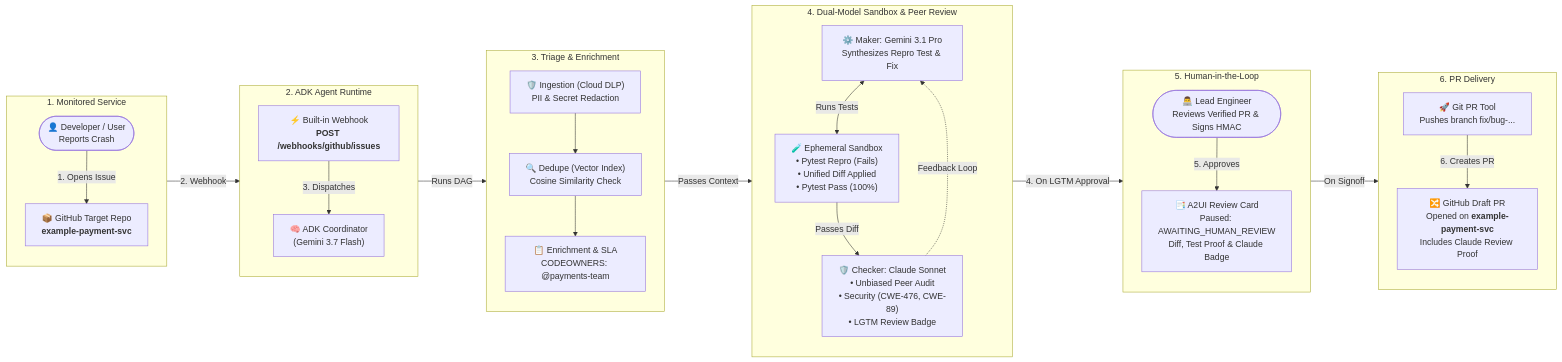
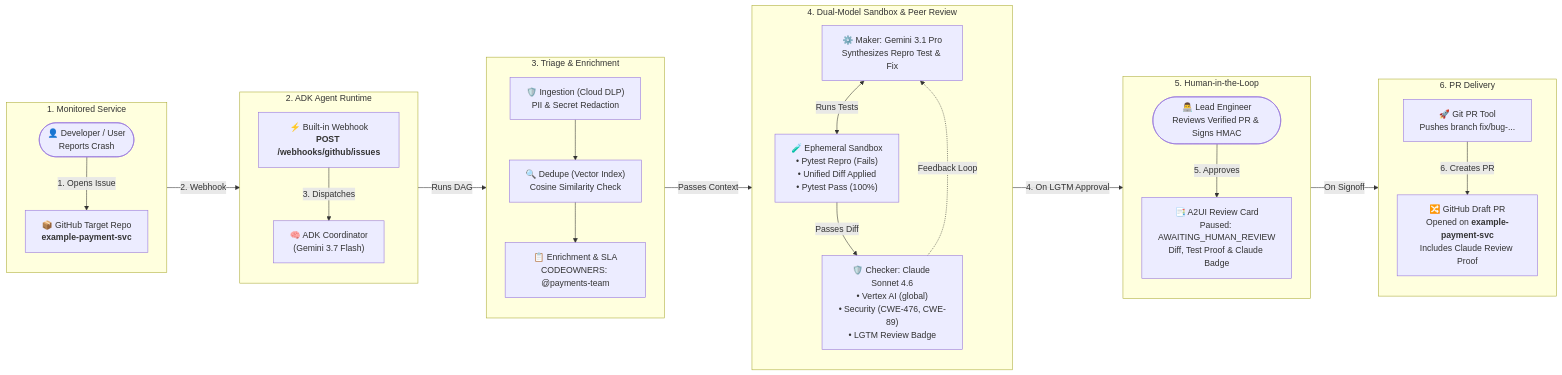
Before and after one commit to aiarchitect2406/bugtriage-agent: the diagram in README.md, drawn with Mermaid. The commit also changed other lines of this file and 4 other files, not shown here.

Commit message:
feat: configure Claude Sonnet 4.6 via Vertex AI AnthropicVertex with global location

````diff
--- a/README.md
+++ b/README.md
@@ -44,55 +44,55 @@
 ```mermaid
 flowchart LR
     subgraph S1["1. Monitored Service"]
         direction TB
         User(["👤 Developer / User<br/>Reports Crash"])
         TargetRepo["📦 GitHub Target Repo<br/><b>example-payment-svc</b>"]
         User -->|"1. Opens Issue"| TargetRepo
     end
 
     subgraph S2["2. ADK Agent Runtime"]
         direction TB
         Webhook["⚡ Built-in Webhook<br/><b>POST /webhooks/github/issues</b>"]
         Coordinator["🧠 ADK Coordinator<br/>(Gemini 3.7 Flash)"]
         Webhook -->|"3. Dispatches"| Coordinator
     end
 
     subgraph S3["3. Triage & Enrichment"]
         direction TB
         DLP["🛡️ Ingestion (Cloud DLP)<br/>PII & Secret Redaction"]
         Dedupe["🔍 Dedupe (Vector Index)<br/>Cosine Similarity Check"]
         Enrich["📋 Enrichment & SLA<br/>CODEOWNERS: @payments-team"]
         DLP --> Dedupe --> Enrich
     end
 
     subgraph S4["4. Dual-Model Sandbox & Peer Review"]
         direction TB
         Maker["⚙️ Maker: Gemini 3.1 Pro<br/>Synthesizes Repro Test & Fix"]
         Sandbox["🧪 Ephemeral Sandbox<br/>• Pytest Repro (Fails)<br/>• Unified Diff Applied<br/>• Pytest Pass (100%)"]
-        Reviewer["🛡️ Checker: Claude Sonnet<br/>• Unbiased Peer Audit<br/>• Security (CWE-476, CWE-89)<br/>• LGTM Review Badge"]
+        Reviewer["🛡️ Checker: Claude Sonnet 4.6<br/>• Vertex AI (global)<br/>• Security (CWE-476, CWE-89)<br/>• LGTM Review Badge"]
         
         Maker <-->|"Runs Tests"| Sandbox
         Sandbox -->|"Passes Diff"| Reviewer
         Reviewer -.->|"Feedback Loop"| Maker
     end
 
     subgraph S5["5. Human-in-the-Loop"]
         direction TB
         A2UI["📑 A2UI Review Card<br/>Paused: AWAITING_HUMAN_REVIEW<br/>Diff, Test Proof & Claude Badge"]
         Engineer(["👨‍💻 Lead Engineer<br/>Reviews Verified PR & Signs HMAC"])
         Engineer -->|"5. Approves"| A2UI
     end
 
     subgraph S6["6. PR Delivery"]
         direction TB
         GitTool["🚀 Git PR Tool<br/>Pushes branch fix/bug-..."]
         DraftPR["🔀 GitHub Draft PR<br/>Opened on <b>example-payment-svc</b><br/>Includes Claude Review Proof"]
         GitTool -->|"6. Creates PR"| DraftPR
     end
 
     TargetRepo -->|"2. Webhook"| Webhook
     Coordinator -->|"Runs DAG"| DLP
     Enrich -->|"Passes Context"| Maker
     Reviewer -->|"4. On LGTM Approval"| A2UI
     A2UI -->|"On Signoff"| GitTool
 ```
````
